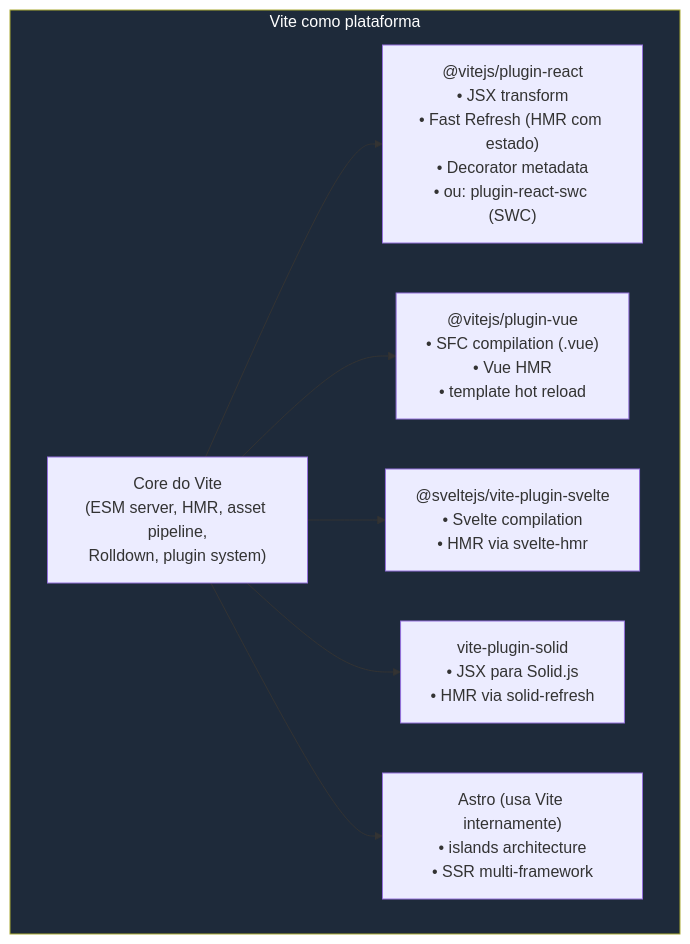
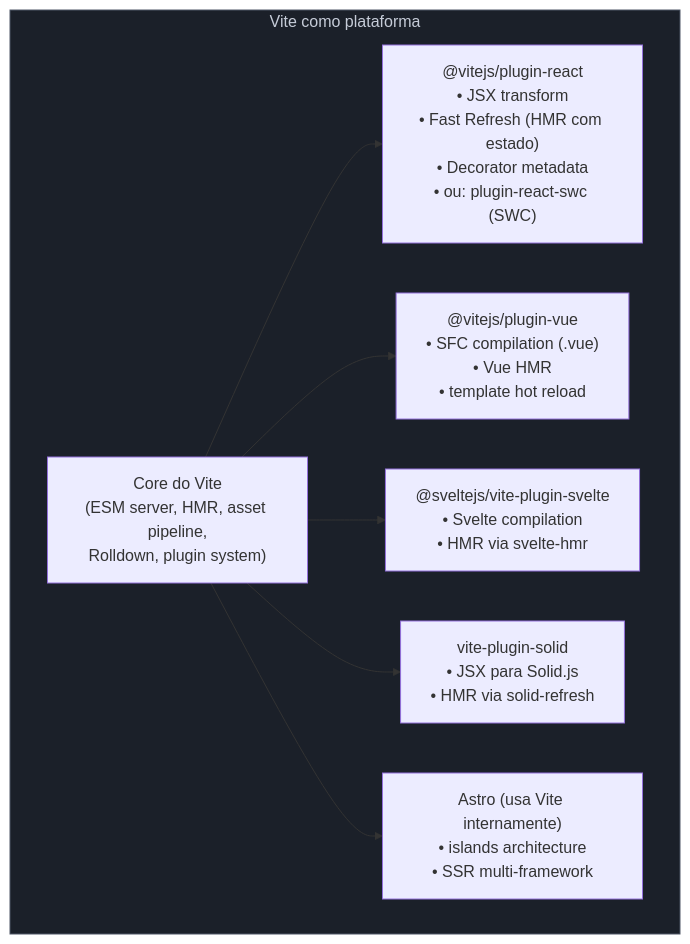
Before and after one commit to josenaldo/codex-technomanticus: the eighth of 9 diagrams in 03-Dominios/Tecnologia/Tooling e Build/13 - Vite a fundo.md, drawn with Mermaid. The commit also changed other lines of this file and 1181 other files, not shown here.

First line of the commit message:
fix(diagramas): paleta do sistema no lugar de cor cravada no markdown

````diff
--- a/03-Dominios/Tecnologia/Tooling e Build/13 - Vite a fundo.md
+++ b/03-Dominios/Tecnologia/Tooling e Build/13 - Vite a fundo.md
@@ -990,24 +1000,25 @@
 ```mermaid
 graph TB
+    classDef neutro fill:#1B2029,stroke:#4E5666,color:#C6CCD8
     subgraph VITE_PLATFORM["Vite como plataforma"]
         CORE["Core do Vite\n(ESM server, HMR, asset pipeline,\nRolldown, plugin system)"]
 
         REACT["@vitejs/plugin-react\n• JSX transform\n• Fast Refresh (HMR com estado)\n• Decorator metadata\n• ou: plugin-react-swc (SWC)"]
 
         VUE["@vitejs/plugin-vue\n• SFC compilation (.vue)\n• Vue HMR\n• template hot reload"]
 
         SVELTE["@sveltejs/vite-plugin-svelte\n• Svelte compilation\n• HMR via svelte-hmr"]
 
         SOLID["vite-plugin-solid\n• JSX para Solid.js\n• HMR via solid-refresh"]
 
         ASTRO["Astro (usa Vite internamente)\n• islands architecture\n• SSR multi-framework"]
 
         CORE --> REACT
         CORE --> VUE
         CORE --> SVELTE
         CORE --> SOLID
         CORE --> ASTRO
     end
 
-    style VITE_PLATFORM fill:#1e2a3a,color:#fff
+    class VITE_PLATFORM neutro
 ```
````
